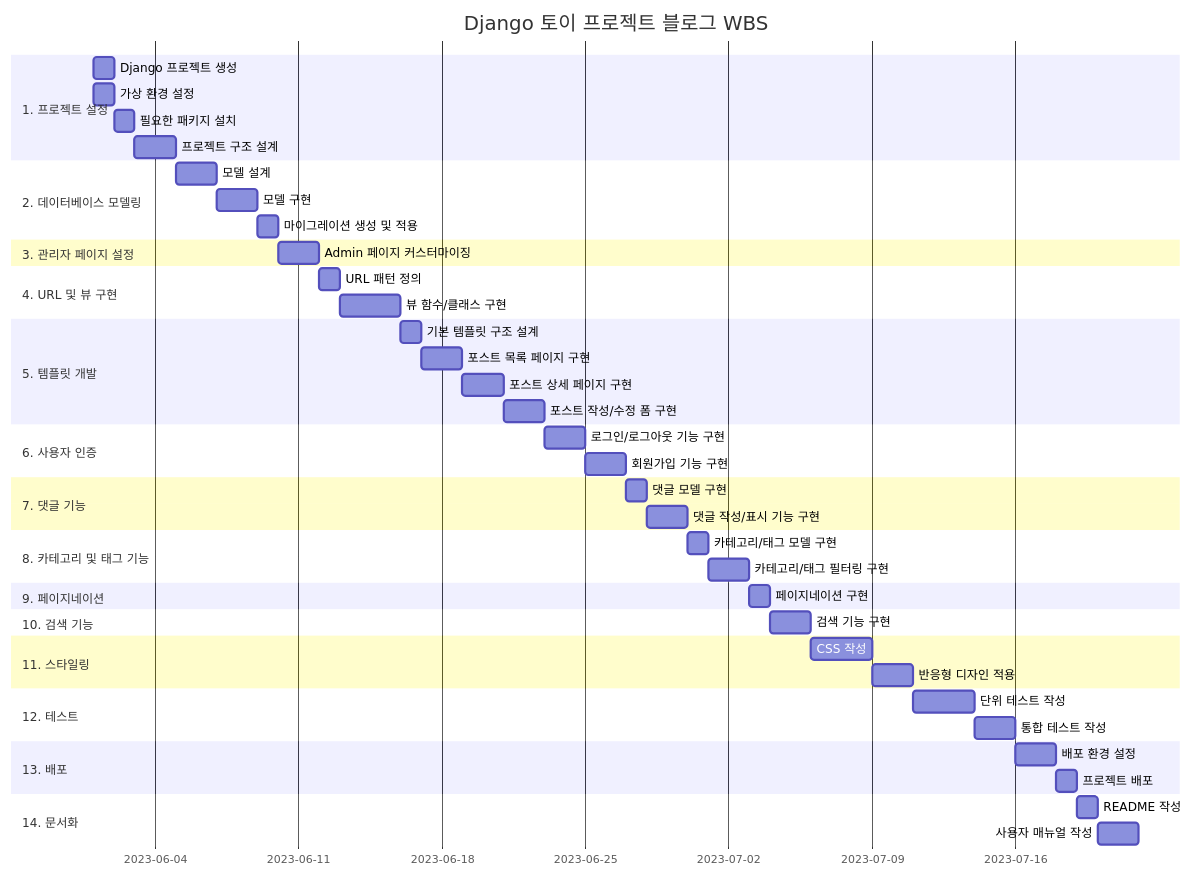
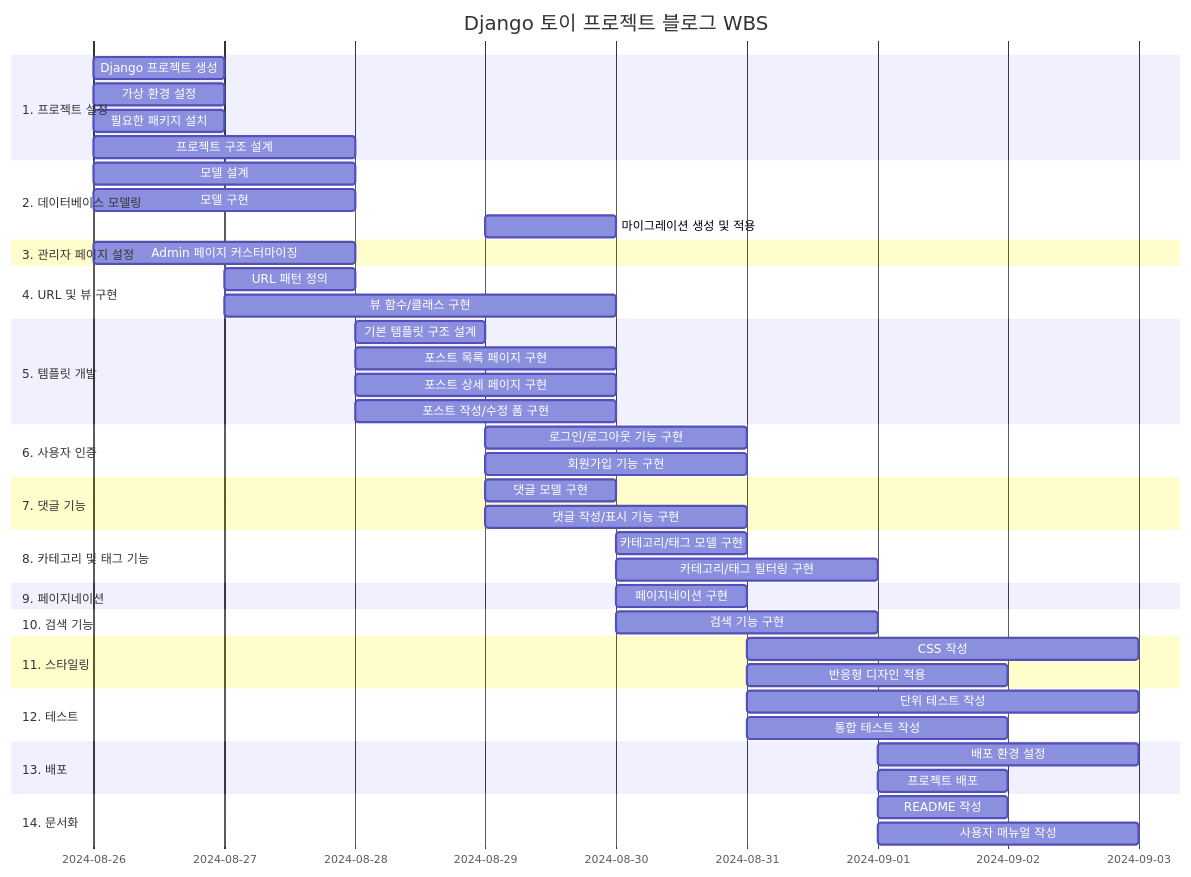
One commit to devnproyj22/django_blog_AI changed the third of 4 diagrams in README.md. Above: the diagram before and after it, drawn with Mermaid.

Commit message:
Rewrite the README.md file.

````diff
--- a/README.md
+++ b/README.md
@@ -115,49 +115,49 @@
 ```mermaid
 gantt
     title Django 토이 프로젝트 블로그 WBS
     dateFormat  YYYY-MM-DD
     section 1. 프로젝트 설정
-        Django 프로젝트 생성     :2023-06-01, 1d
-        가상 환경 설정           :2023-06-01, 1d
-        필요한 패키지 설치       :2023-06-02, 1d
-        프로젝트 구조 설계       :2023-06-03, 2d
+        Django 프로젝트 생성     :2024-08-26, 1d
+        가상 환경 설정           :2024-08-26, 1d
+        필요한 패키지 설치       :2024-08-26, 1d
+        프로젝트 구조 설계       :2024-08-26, 2d
     section 2. 데이터베이스 모델링
-        모델 설계               :2023-06-05, 2d
-        모델 구현               :2023-06-07, 2d
-        마이그레이션 생성 및 적용:2023-06-09, 1d
+        모델 설계               :2024-08-26, 2d
+        모델 구현               :2024-08-26, 2d
+        마이그레이션 생성 및 적용:2024-08-29, 1d
     section 3. 관리자 페이지 설정
-        Admin 페이지 커스터마이징:2023-06-10, 2d
+        Admin 페이지 커스터마이징:2024-08-26, 2d
     section 4. URL 및 뷰 구현
-        URL 패턴 정의           :2023-06-12, 1d
-        뷰 함수/클래스 구현      :2023-06-13, 3d
+        URL 패턴 정의           :2024-08-27, 1d
+        뷰 함수/클래스 구현      :2024-08-27, 3d
     section 5. 템플릿 개발
-        기본 템플릿 구조 설계    :2023-06-16, 1d
-        포스트 목록 페이지 구현  :2023-06-17, 2d
-        포스트 상세 페이지 구현  :2023-06-19, 2d
-        포스트 작성/수정 폼 구현 :2023-06-21, 2d
+        기본 템플릿 구조 설계    :2024-08-28, 1d
+        포스트 목록 페이지 구현  :2024-08-28, 2d
+        포스트 상세 페이지 구현  :2024-08-28, 2d
+        포스트 작성/수정 폼 구현 :2024-08-28, 2d
     section 6. 사용자 인증
-        로그인/로그아웃 기능 구현:2023-06-23, 2d
-        회원가입 기능 구현       :2023-06-25, 2d
+        로그인/로그아웃 기능 구현 :2024-08-29, 2d
+        회원가입 기능 구현       :2024-08-29, 2d
     section 7. 댓글 기능
-        댓글 모델 구현          :2023-06-27, 1d
-        댓글 작성/표시 기능 구현 :2023-06-28, 2d
+        댓글 모델 구현          :2024-08-29, 1d
+        댓글 작성/표시 기능 구현 :2024-08-29, 2d
     section 8. 카테고리 및 태그 기능
-        카테고리/태그 모델 구현  :2023-06-30, 1d
-        카테고리/태그 필터링 구현:2023-07-01, 2d
+        카테고리/태그 모델 구현  :2024-08-30, 1d
+        카테고리/태그 필터링 구현:2024-08-30, 2d
     section 9. 페이지네이션
-        페이지네이션 구현       :2023-07-03, 1d
+        페이지네이션 구현       :2024-08-30, 1d
     section 10. 검색 기능
-        검색 기능 구현          :2023-07-04, 2d
+        검색 기능 구현          :2024-08-30, 2d
     section 11. 스타일링
-        CSS 작성               :2023-07-06, 3d
-        반응형 디자인 적용      :2023-07-09, 2d
+        CSS 작성               :2024-08-31, 3d
+        반응형 디자인 적용      :2024-08-31, 2d
     section 12. 테스트
-        단위 테스트 작성        :2023-07-11, 3d
-        통합 테스트 작성        :2023-07-14, 2d
+        단위 테스트 작성        :2024-08-31, 3d
+        통합 테스트 작성        :2024-08-31, 2d
     section 13. 배포
-        배포 환경 설정          :2023-07-16, 2d
-        프로젝트 배포           :2023-07-18, 1d
+        배포 환경 설정          :2024-09-01, 2d
+        프로젝트 배포           :2024-09-01, 1d
     section 14. 문서화
-        README 작성            :2023-07-19, 1d
-        사용자 매뉴얼 작성      :2023-07-20, 2d
+        README 작성            :2024-09-01, 1d
+        사용자 매뉴얼 작성      :2024-09-01, 2d
 ```
````
